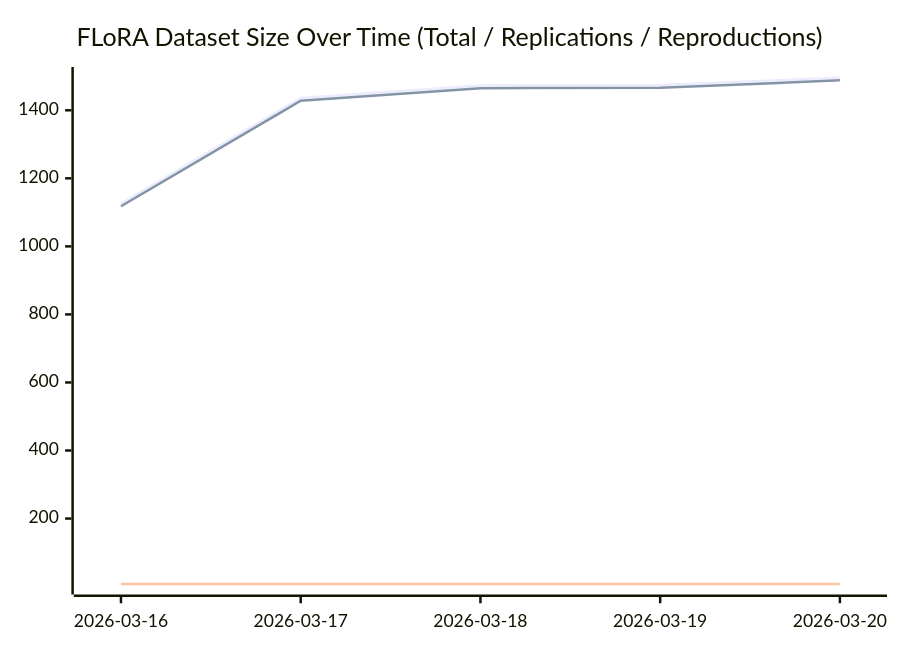
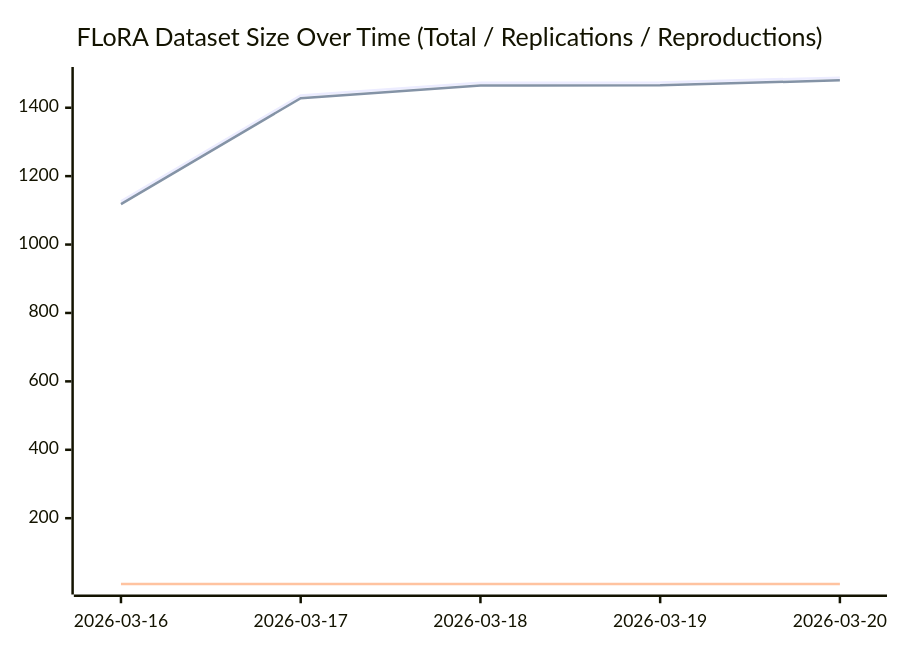
Before and after one commit to forrtproject/fred-data: the diagram in README.md, drawn with Mermaid. The commit also changed other lines of this file and 1 other file, not shown here.

Commit message:
Update flora.csv [automated]

````diff
--- a/README.md
+++ b/README.md
@@ -441,8 +441,8 @@
 ```mermaid
 xychart-beta
     title "FLoRA Dataset Size Over Time (Total / Replications / Reproductions)"
     x-axis ["2026-03-16", "2026-03-17", "2026-03-18", "2026-03-19", "2026-03-20"]
-    line [1126, 1436, 1473, 1474, 1496]
-    line [1118, 1428, 1465, 1466, 1488]
+    line [1126, 1436, 1473, 1474, 1488]
+    line [1118, 1428, 1465, 1466, 1480]
     line [8, 8, 8, 8, 8]
 ```
````
